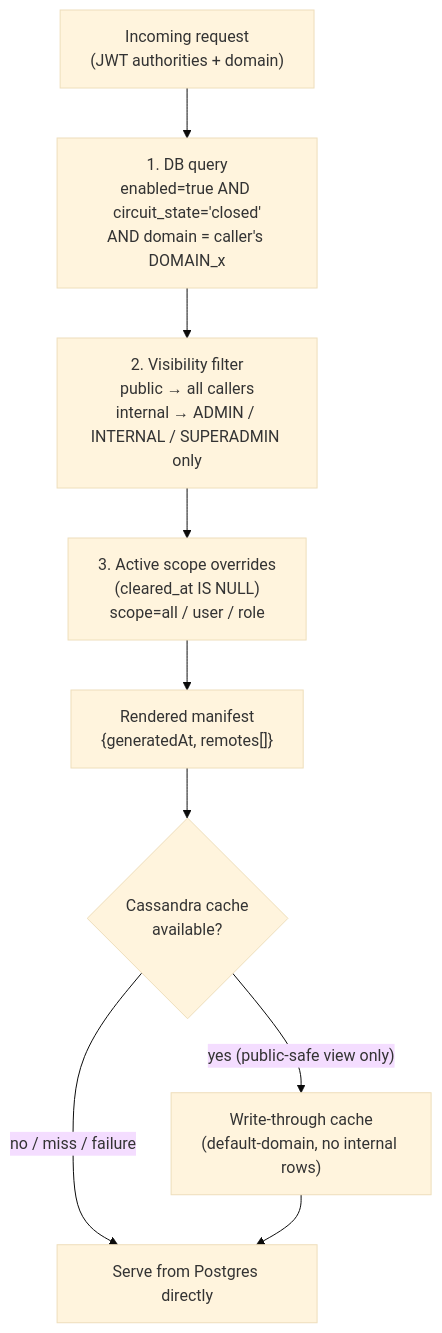
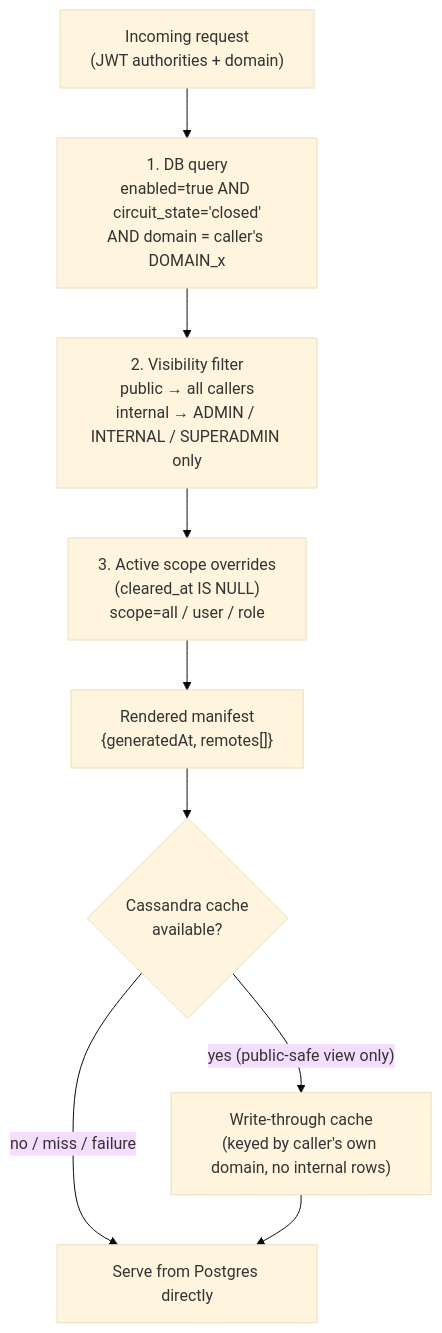
Before and after one commit to hugmesh/hugmesh-federation-api: the second of 5 diagrams in README.md, drawn with Mermaid (base theme). The commit also changed other lines of this file and 2 other files, not shown here.

First line of the commit message:
docs: comprehensive refresh (README/status/diagrams/TODOs) + dead code cleanup (#82)

````diff
--- a/README.md
+++ b/README.md
@@ -275,11 +297,11 @@
 ```mermaid
 flowchart TB
     A["Incoming request\n(JWT authorities + domain)"] --> B["1. DB query\nenabled=true AND circuit_state='closed'\nAND domain = caller's DOMAIN_x"]
     B --> C["2. Visibility filter\npublic → all callers\ninternal → ADMIN / INTERNAL / SUPERADMIN only"]
     C --> D["3. Active scope overrides\n(cleared_at IS NULL)\nscope=all / user / role"]
     D --> E["Rendered manifest\n{generatedAt, remotes[]}"]
     E --> F{"Cassandra cache\navailable?"}
-    F -- "yes (public-safe view only)" --> G["Write-through cache\n(default-domain, no internal rows)"]
+    F -- "yes (public-safe view only)" --> G["Write-through cache\n(keyed by caller's own domain, no internal rows)"]
     F -- "no / miss / failure" --> H["Serve from Postgres directly"]
     G --> H
 ```
````
